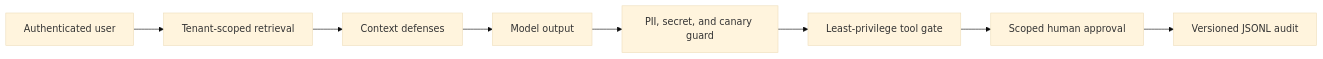
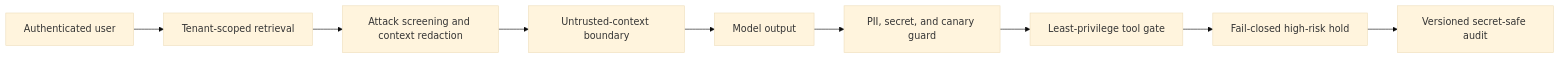
The second of 2 diagrams in README.md (ictup/LLM_Privacy), drawn with Mermaid (base theme) before and after one commit. The commit also changed other lines of this file and 7 other files, not shown here.

````diff
--- a/README.md
+++ b/README.md
@@ -169,10 +169,11 @@
 ```mermaid
 flowchart LR
     U[Authenticated user] --> T[Tenant-scoped retrieval]
-    T --> C[Context defenses]
-    C --> M[Model output]
+    T --> C[Attack screening and context redaction]
+    C --> B[Untrusted-context boundary]
+    B --> M[Model output]
     M --> P[PII, secret, and canary guard]
     P --> G[Least-privilege tool gate]
-    G --> H[Scoped human approval]
-    H --> A[Versioned JSONL audit]
+    G --> H[Fail-closed high-risk hold]
+    H --> A[Versioned secret-safe audit]
 ```
````
